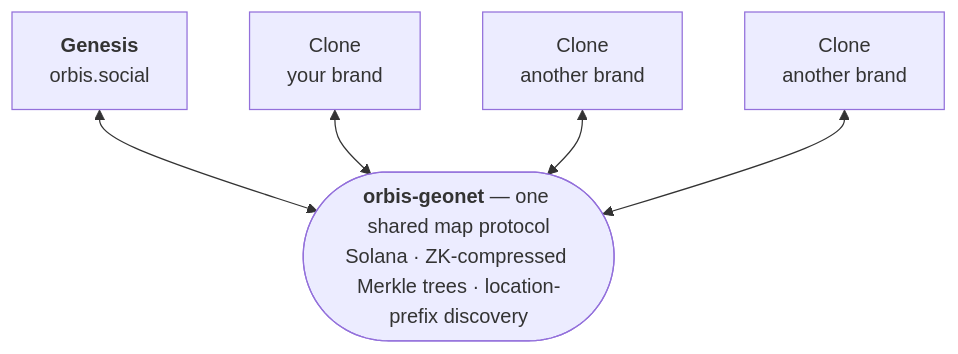
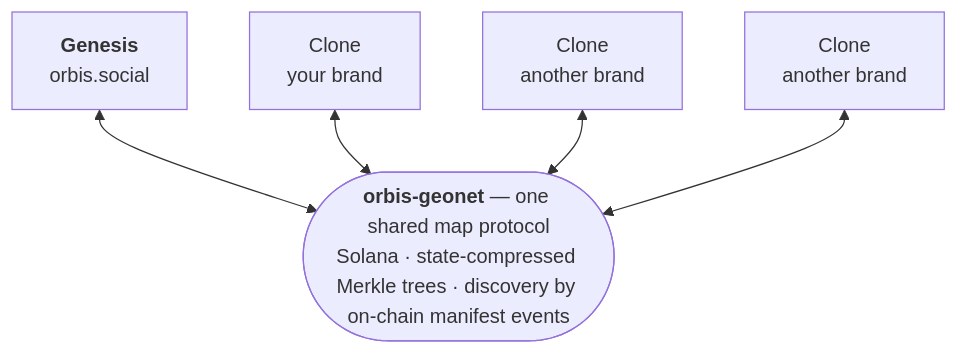
The diagram in profile/README.md (orbis-geonet/.github), drawn with Mermaid before and after one commit. The commit also changed other lines of this file, not shown here.

Commit message:
Match protocol terms to the deployed manifest-v2 program
- state-compressed Merkle trees (SPL Account Compression), not ZK-compressed
- discovery via on-chain IndexManifestCommitted events and the clone
  registry, not location-prefix

````diff
--- a/profile/README.md
+++ b/profile/README.md
@@ -32,8 +32,8 @@
 ```mermaid
 graph TD
-    GN(["<b>orbis-geonet</b> — one shared map protocol<br/>Solana · ZK-compressed Merkle trees · location-prefix discovery"])
+    GN(["<b>orbis-geonet</b> — one shared map protocol<br/>Solana · state-compressed Merkle trees · discovery by on-chain manifest events"])
     G["<b>Genesis</b><br/>orbis.social"] <--> GN
     A["Clone<br/>your brand"] <--> GN
     B["Clone<br/>another brand"] <--> GN
     C["Clone<br/>another brand"] <--> GN
 ```
````
